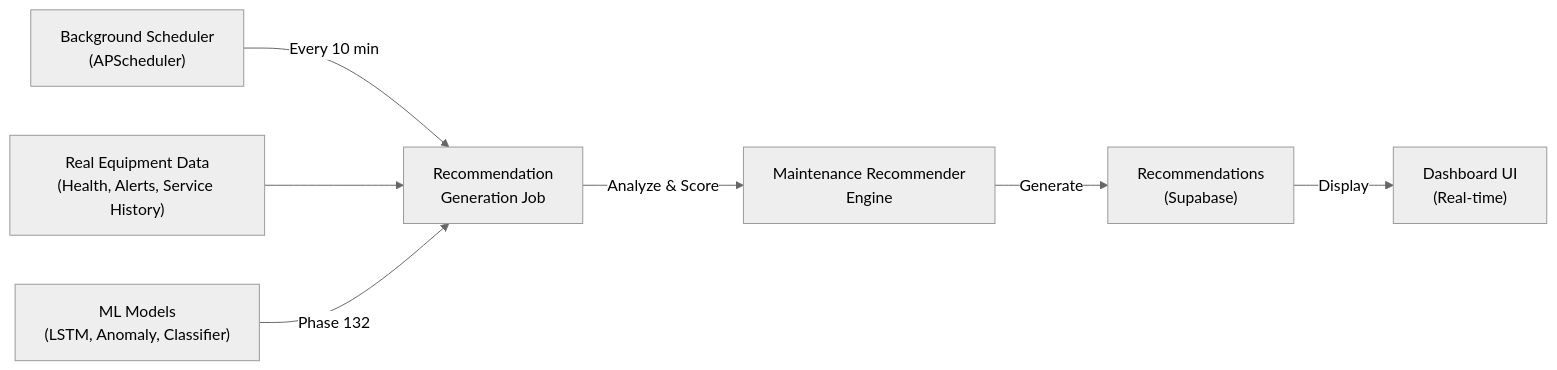
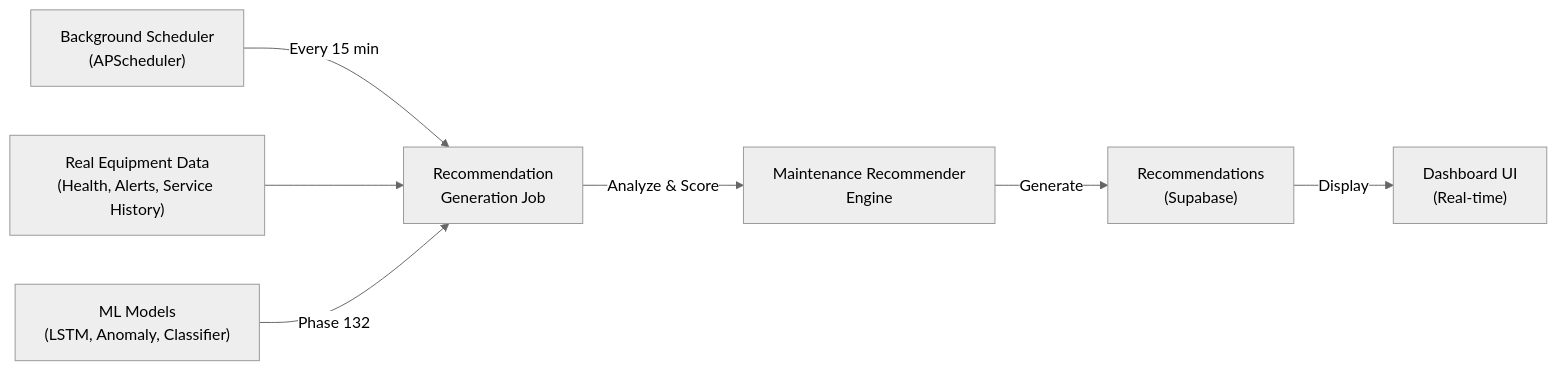
The diagram in docs/08-ai-ml/background-recommendation-generation.md (Bederf/sentinel-ai), drawn with Mermaid (neutral theme) before and after one commit. The commit also changed other lines of this file and 76 other files, not shown here.

````diff
--- a/docs/08-ai-ml/background-recommendation-generation.md
+++ b/docs/08-ai-ml/background-recommendation-generation.md
@@ -30,9 +30,9 @@
 ```mermaid
 graph LR
-    A["Background Scheduler<br/>(APScheduler)"] -->|Every 10 min| B["Recommendation<br/>Generation Job"]
+    A["Background Scheduler<br/>(APScheduler)"] -->|Every 15 min| B["Recommendation<br/>Generation Job"]
     C["Real Equipment Data<br/>(Health, Alerts, Service History)"] --> B
     M["ML Models<br/>(LSTM, Anomaly, Classifier)"] -->|Phase 132| B
     B -->|Analyze & Score| D["Maintenance Recommender<br/>Engine"]
     D -->|Generate| E["Recommendations<br/>(Supabase)"]
     E -->|Display| F["Dashboard UI<br/>(Real-time)"]
 ```
````
